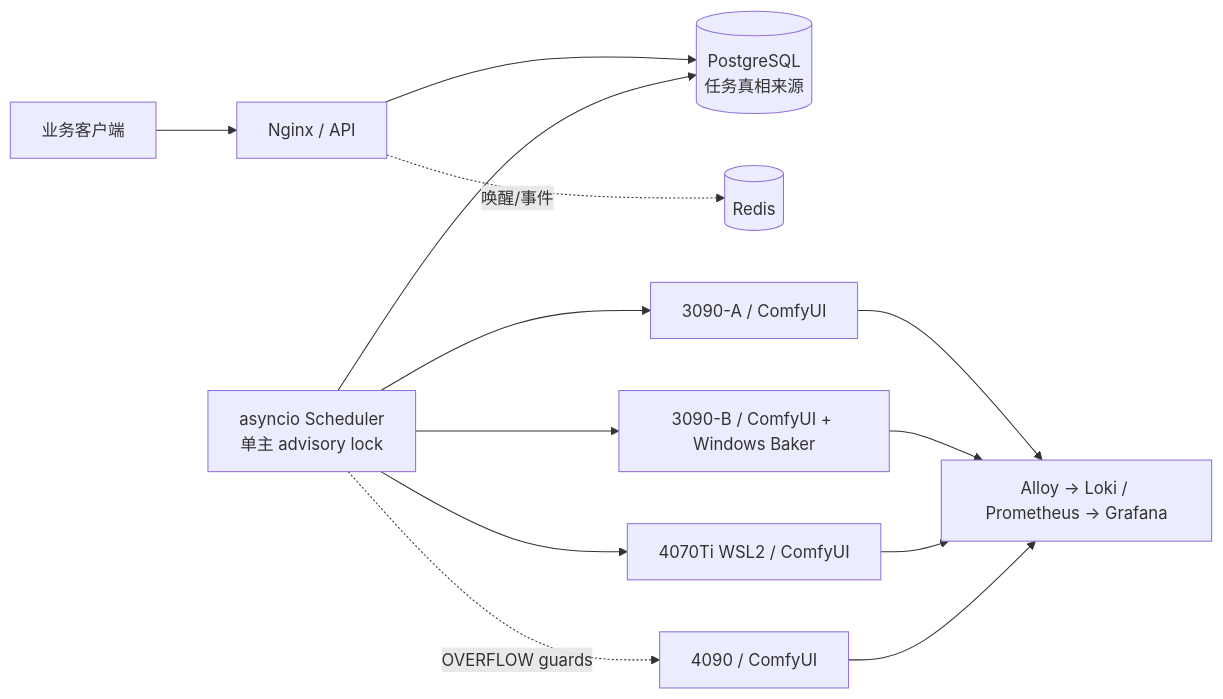
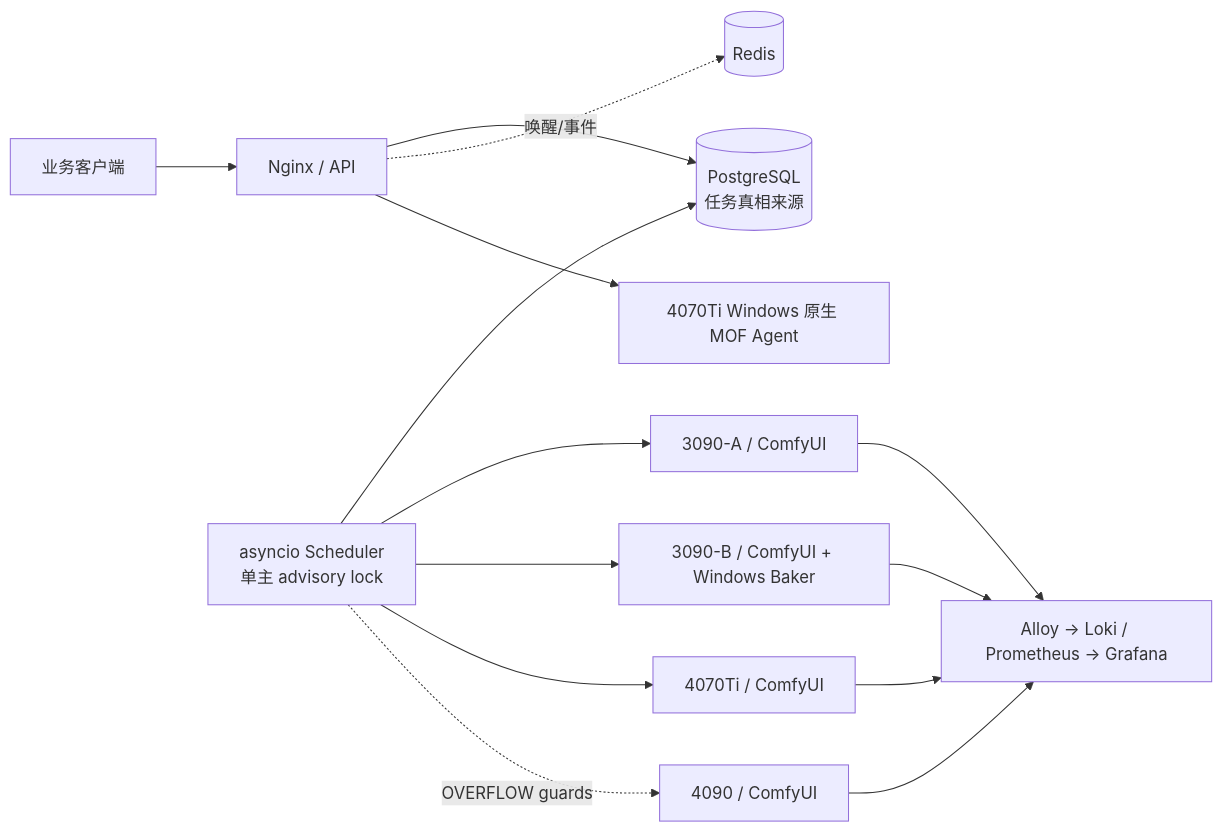
Before and after one commit to kiana0512/gpu_control: the diagram in README.md, drawn with Mermaid. The commit also changed other lines of this file and 61 other files, not shown here.

````diff
--- a/README.md
+++ b/README.md
@@ -79,12 +92,13 @@
 ```mermaid
 flowchart LR
   C["业务客户端"] --> N["Nginx / API"]
   N --> P[("PostgreSQL\n任务真相来源")]
   N -.唤醒/事件.-> R[("Redis")]
   S["asyncio Scheduler\n单主 advisory lock"] --> P
   S --> A["3090-A / ComfyUI"]
   S --> B["3090-B / ComfyUI + Windows Baker"]
-  S --> T["4070Ti WSL2 / ComfyUI"]
+  S --> T["4070Ti / ComfyUI"]
+  N --> M["4070Ti Windows 原生 MOF Agent"]
   S -.OVERFLOW guards.-> G["4090 / ComfyUI"]
   A & B & T & G --> L["Alloy → Loki / Prometheus → Grafana"]
 ```
````
